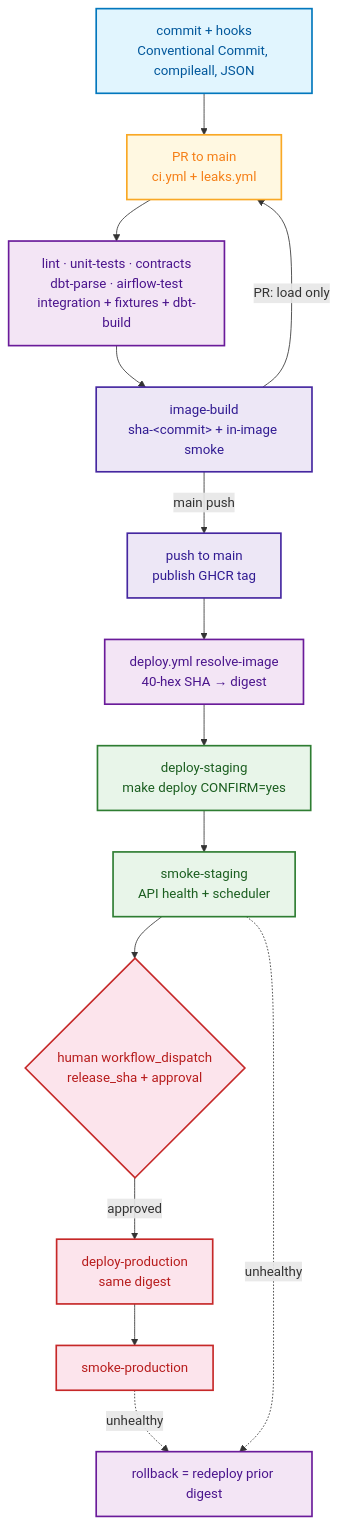
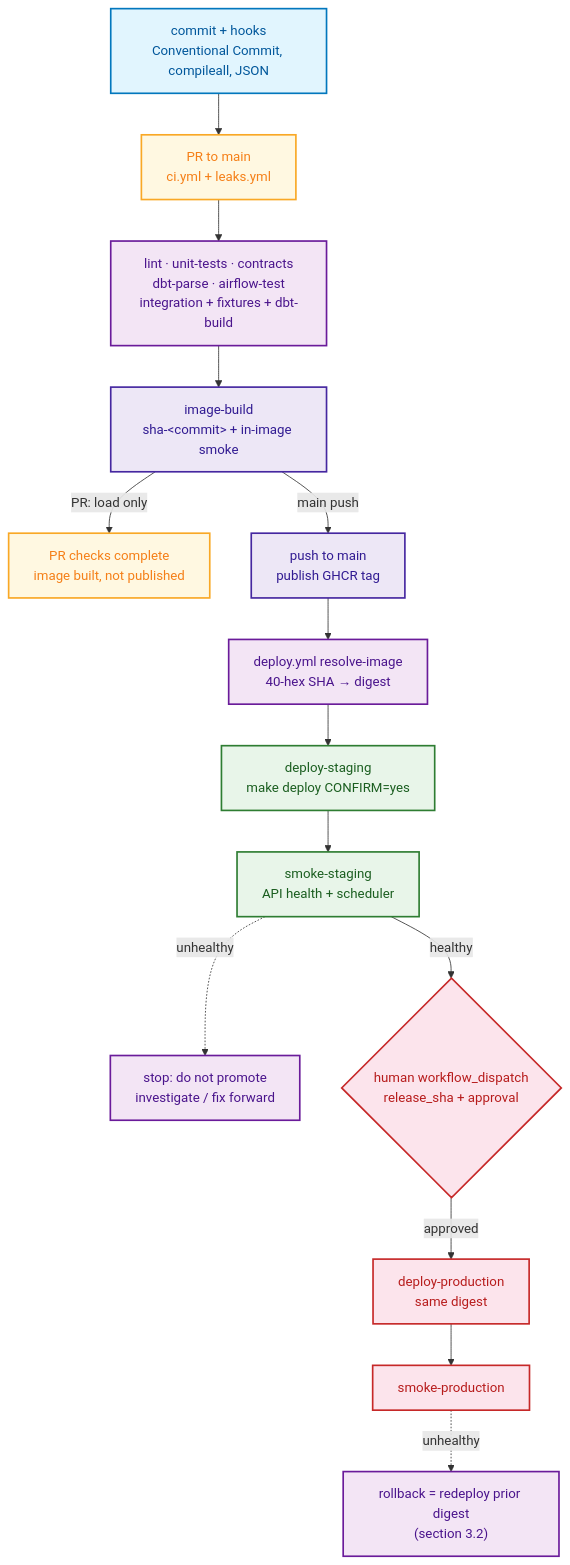
One commit to Nitinx12/Fleet-dbt-warehouse changed the first of 4 diagrams in DEPLOYMENT.md. Above: the diagram before and after it, drawn with Mermaid. The commit also changed other lines of this file, not shown here.

Commit message:
docs(deploy): expand release, rollback and recovery runbook

````diff
--- a/DEPLOYMENT.md
+++ b/DEPLOYMENT.md
@@ -34,30 +197,33 @@
 ```mermaid
 flowchart TD
     classDef dev fill:#e1f5fe,stroke:#0277bd,stroke-width:2px,color:#01579b
     classDef ci fill:#fff8e1,stroke:#f9a825,stroke-width:2px,color:#f57f17
     classDef image fill:#ede7f6,stroke:#4527a0,stroke-width:2px,color:#311b92
     classDef stage fill:#e8f5e9,stroke:#2e7d32,stroke-width:2px,color:#1b5e20
     classDef prod fill:#fce4ec,stroke:#c62828,stroke-width:2px,color:#b71c1c
     classDef gate fill:#f3e5f5,stroke:#6a1b9a,stroke-width:2px,color:#4a148c
 
     DEV["commit + hooks<br/>Conventional Commit, compileall, JSON"]:::dev
     PR["PR to main<br/>ci.yml + leaks.yml"]:::ci
     GATES["lint · unit-tests · contracts<br/>dbt-parse · airflow-test<br/>integration + fixtures + dbt-build"]:::gate
     IMG["image-build<br/>sha-&lt;commit&gt; + in-image smoke"]:::image
+    PRDONE["PR checks complete<br/>image built, not published"]:::ci
     PUSH["push to main<br/>publish GHCR tag"]:::image
     RESOLVE["deploy.yml resolve-image<br/>40-hex SHA → digest"]:::gate
     STAGE["deploy-staging<br/>make deploy CONFIRM=yes"]:::stage
     SMOKE1["smoke-staging<br/>API health + scheduler"]:::stage
+    HOLD["stop: do not promote<br/>investigate / fix forward"]:::gate
     APPROVE{"human workflow_dispatch<br/>release_sha + approval"}:::prod
     PROD["deploy-production<br/>same digest"]:::prod
     SMOKE2["smoke-production"]:::prod
-    ROLL["rollback = redeploy prior digest"]:::gate
+    ROLL["rollback = redeploy prior digest<br/>(section 3.2)"]:::gate
 
     DEV --> PR --> GATES --> IMG
-    IMG -->|PR: load only| PR
+    IMG -->|PR: load only| PRDONE
     IMG -->|main push| PUSH --> RESOLVE
-    RESOLVE --> STAGE --> SMOKE1 --> APPROVE
+    RESOLVE --> STAGE --> SMOKE1
+    SMOKE1 -->|healthy| APPROVE
+    SMOKE1 -. unhealthy .-> HOLD
     APPROVE -->|approved| PROD --> SMOKE2
     SMOKE2 -. unhealthy .-> ROLL
-    SMOKE1 -. unhealthy .-> ROLL
 ```
````
